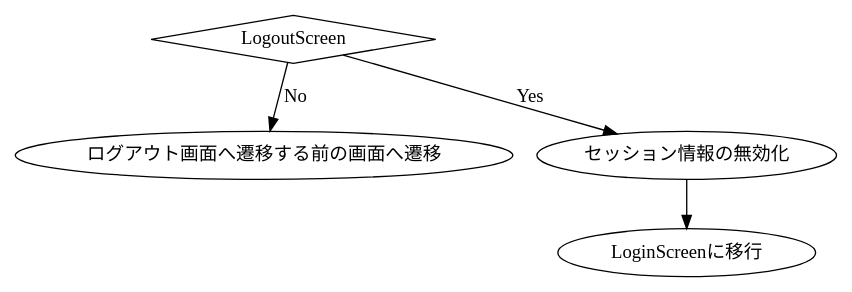
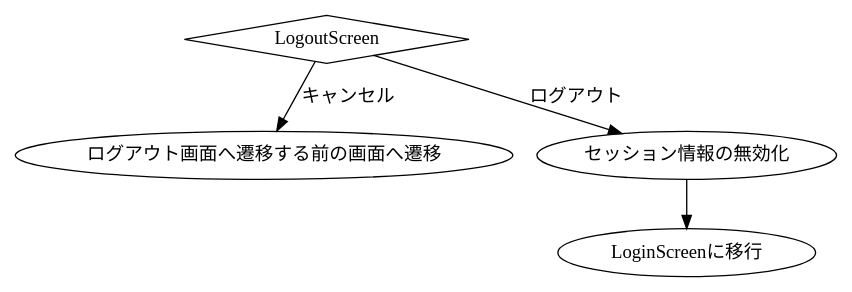
One commit to KUT-Group12/internal_design changed the diagram in dot/marudemaru/Logout.dot. Above: the diagram before and after it, drawn with Graphviz. The commit also changed 15 other files, not shown here.

```diff
--- a/dot/marudemaru/Logout.dot
+++ b/dot/marudemaru/Logout.dot
@@ -1,13 +1,13 @@
 digraph G {
     #include "style.doth"
 
     branch[label = "LogoutScreen", shape = diamond]
     no[label = "ログアウト画面へ遷移する前の画面へ遷移"]
     yes[label = "セッション情報の無効化"]
     login[label = "LoginScreenに移行"]
 
 
-    branch -> no [label = "No"]
-    branch -> yes [label = "Yes"]
+    branch -> no [label = "キャンセル"]
+    branch -> yes [label = "ログアウト"]
     yes -> login
 }
```
